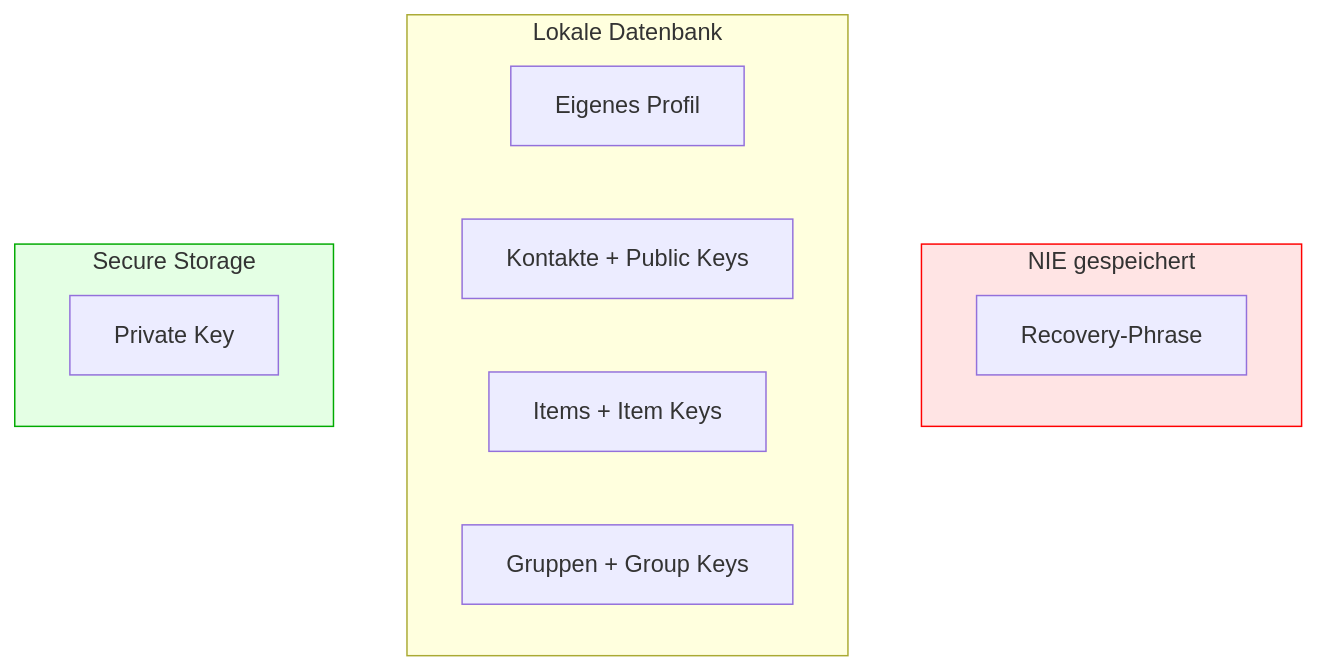
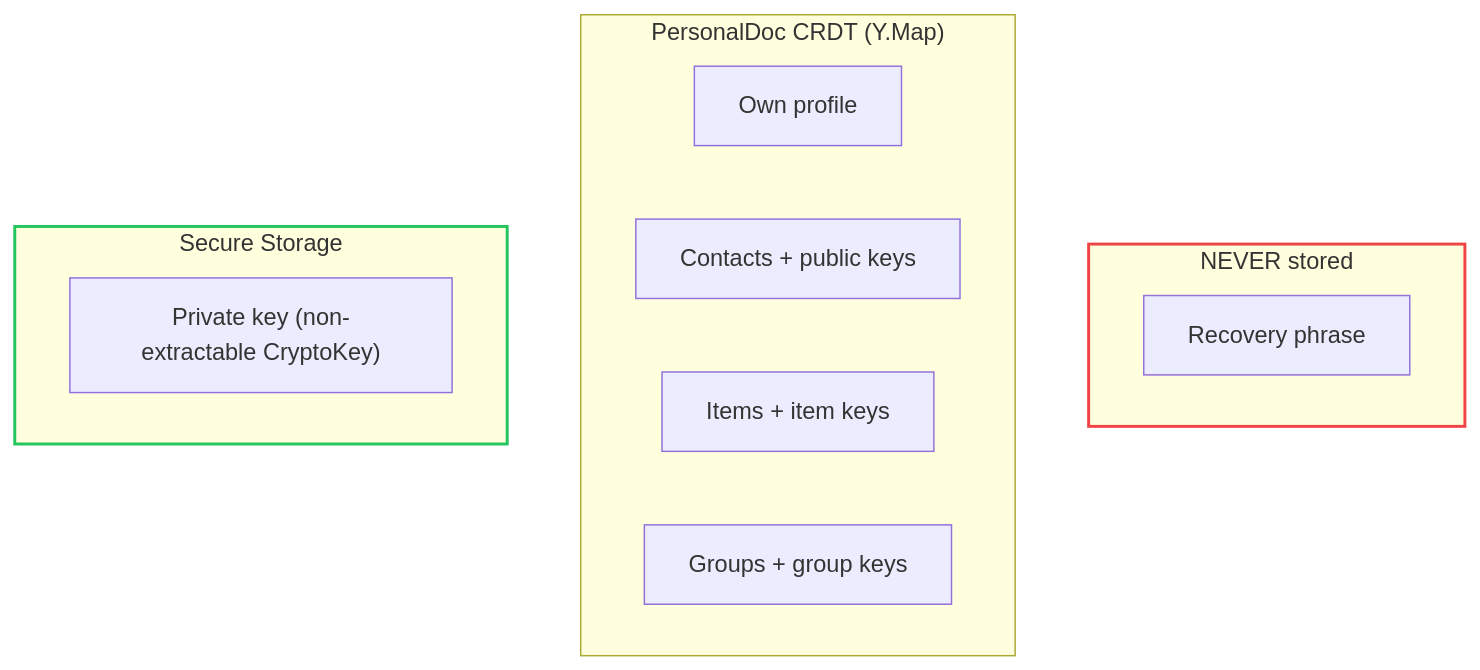
Before and after one commit to IT4Change/web-of-trust: the fourth of 7 diagrams in docs/flows/01-onboarding-technical.md, drawn with Mermaid. The commit also changed other lines of this file and 6 other files, not shown here.

````diff
--- a/docs/flows/01-onboarding-technical.md
+++ b/docs/flows/01-onboarding-technical.md
@@ -288,20 +298,20 @@
 ```mermaid
 flowchart TD
-    subgraph NeverStored["NIE gespeichert"]
-        Mnemonic["Recovery-Phrase"]
+    subgraph NeverStored["NEVER stored"]
+        Mnemonic["Recovery phrase"]
     end
-    
-    subgraph LocalDB["Lokale Datenbank"]
-        Profile["Eigenes Profil"]
-        Contacts["Kontakte + Public Keys"]
-        Items["Items + Item Keys"]
-        Groups["Gruppen + Group Keys"]
+
+    subgraph PersonalDoc["PersonalDoc CRDT (Y.Map)"]
+        Profile["Own profile"]
+        Contacts["Contacts + public keys"]
+        Items["Items + item keys"]
+        Groups["Groups + group keys"]
     end
-    
+
     subgraph SecureStorage["Secure Storage"]
-        PrivKey["Private Key"]
+        PrivKey["Private key (non-extractable CryptoKey)"]
     end
-    
-    style NeverStored fill:#FFE4E4,stroke:#FF0000
-    style SecureStorage fill:#E4FFE4,stroke:#00AA00
+
+    style NeverStored stroke:#ef4444,stroke-width:2px
+    style SecureStorage stroke:#22c55e,stroke-width:2px
 ```
````
